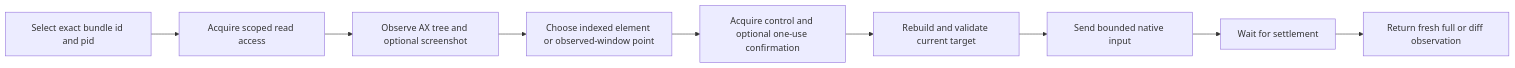
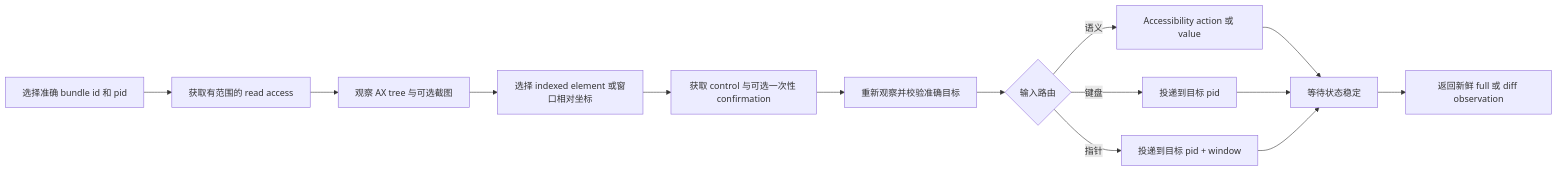
One commit to bitterSmilezzz/dsh-computer-use changed the diagram in README.zh.md. Above: the diagram before and after it, drawn with Mermaid. The commit also changed other lines of this file and 7 other files, not shown here.

````diff
--- a/README.zh.md
+++ b/README.zh.md
@@ -96,11 +104,16 @@
 ```mermaid
 flowchart LR
-    A[Select exact bundle id and pid] --> B[Acquire scoped read access]
-    B --> C[Observe AX tree and optional screenshot]
-    C --> D[Choose indexed element or observed-window point]
-    D --> E[Acquire control and optional one-use confirmation]
-    E --> F[Rebuild and validate current target]
-    F --> G[Send bounded native input]
-    G --> H[Wait for settlement]
-    H --> I[Return fresh full or diff observation]
+    A["选择准确 bundle id 和 pid"] --> B["获取有范围的 read access"]
+    B --> C["观察 AX tree 与可选截图"]
+    C --> D["选择 indexed element 或窗口相对坐标"]
+    D --> E["获取 control 与可选一次性 confirmation"]
+    E --> F["重新观察并校验准确目标"]
+    F --> G{"输入路由"}
+    G -->|"语义"| H["Accessibility action 或 value"]
+    G -->|"键盘"| I["投递到目标 pid"]
+    G -->|"指针"| J["投递到目标 pid + window"]
+    H --> K["等待状态稳定"]
+    I --> K
+    J --> K
+    K --> L["返回新鲜 full 或 diff observation"]
 ```
````
